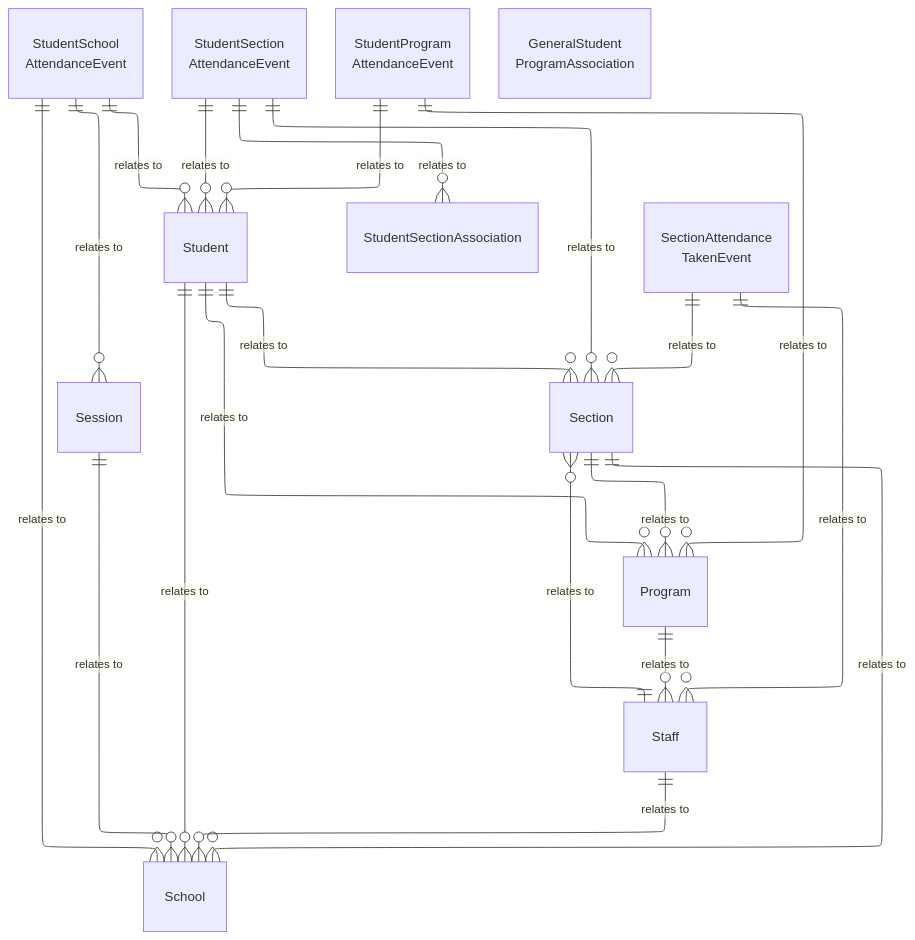
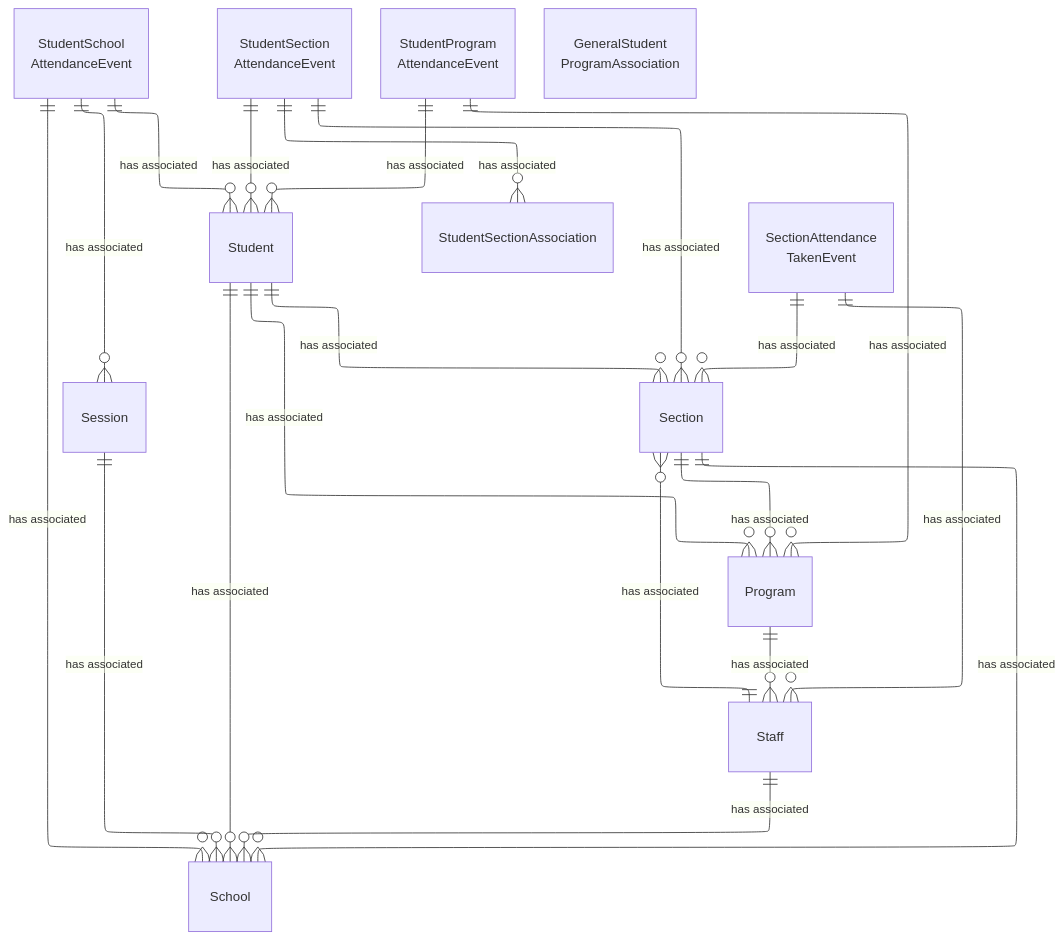
Before and after one commit to Ed-Fi-Alliance-OSS/ed-fi-alliance-oss.github.io: the diagram in dataStandard_versioned_docs/version-6/model-reference/student-attendance-domain/model-diagrams.md, drawn with Mermaid. The commit also changed 24 other files, not shown here.

````diff
--- a/dataStandard_versioned_docs/version-6/model-reference/student-attendance-domain/model-diagrams.md
+++ b/dataStandard_versioned_docs/version-6/model-reference/student-attendance-domain/model-diagrams.md
@@ -10,50 +10,50 @@
 ```mermaid
 ---
 config:
   layout: elk
 ---
 erDiagram
     Student {
     }
     StudentSchoolAttendanceEvent["StudentSchool<br/>AttendanceEvent"] {
     }
     StudentSectionAttendanceEvent["StudentSection<br/>AttendanceEvent"] {
     }
     StudentProgramAttendanceEvent["StudentProgram<br/>AttendanceEvent"] {
     }
     StudentSectionAssociation {
     }
     GeneralStudentProgramAssociation["GeneralStudent<br/>ProgramAssociation"] {
     }
     SectionAttendanceTakenEvent["SectionAttendance<br/>TakenEvent"] {
     }
     Session {
     }
     Section {
     }
     Program {
     }
     School {
     }
     Staff {
     }
-    StudentSchoolAttendanceEvent ||--o{ Student : "relates to"
-    StudentSchoolAttendanceEvent ||--o{ School : "relates to"
-    StudentSchoolAttendanceEvent ||--o{ Session : "relates to"
-    StudentSectionAttendanceEvent ||--o{ Student : "relates to"
-    StudentSectionAttendanceEvent ||--o{ Section : "relates to"
-    StudentSectionAttendanceEvent ||--o{ StudentSectionAssociation : "relates to"
-    StudentProgramAttendanceEvent ||--o{ Student : "relates to"
-    StudentProgramAttendanceEvent ||--o{ Program : "relates to"
-    SectionAttendanceTakenEvent ||--o{ Section : "relates to"
-    SectionAttendanceTakenEvent ||--o{ Staff : "relates to"
-    Student ||--o{ School : "relates to"
-    Student ||--o{ Section : "relates to"
-    Student ||--o{ Program : "relates to"
-    Session ||--o{ School : "relates to"
-    Section ||--o{ School : "relates to"
-    Section ||--o{ Program : "relates to"
-    Program ||--o{ Staff : "relates to"
-    Staff ||--o{ School : "relates to"
-    Staff ||--o{ Section : "relates to"
+    StudentSchoolAttendanceEvent ||--o{ Student : "has associated"
+    StudentSchoolAttendanceEvent ||--o{ School : "has associated"
+    StudentSchoolAttendanceEvent ||--o{ Session : "has associated"
+    StudentSectionAttendanceEvent ||--o{ Student : "has associated"
+    StudentSectionAttendanceEvent ||--o{ Section : "has associated"
+    StudentSectionAttendanceEvent ||--o{ StudentSectionAssociation : "has associated"
+    StudentProgramAttendanceEvent ||--o{ Student : "has associated"
+    StudentProgramAttendanceEvent ||--o{ Program : "has associated"
+    SectionAttendanceTakenEvent ||--o{ Section : "has associated"
+    SectionAttendanceTakenEvent ||--o{ Staff : "has associated"
+    Student ||--o{ School : "has associated"
+    Student ||--o{ Section : "has associated"
+    Student ||--o{ Program : "has associated"
+    Session ||--o{ School : "has associated"
+    Section ||--o{ School : "has associated"
+    Section ||--o{ Program : "has associated"
+    Program ||--o{ Staff : "has associated"
+    Staff ||--o{ School : "has associated"
+    Staff ||--o{ Section : "has associated"
 ```
````
